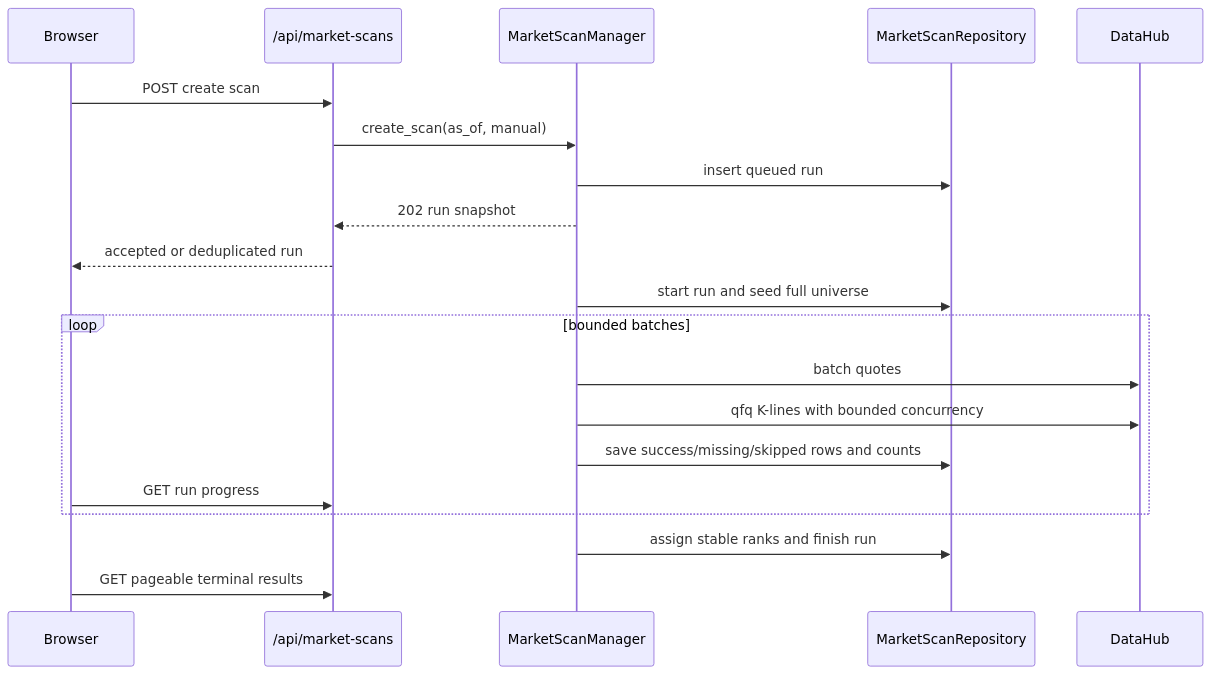
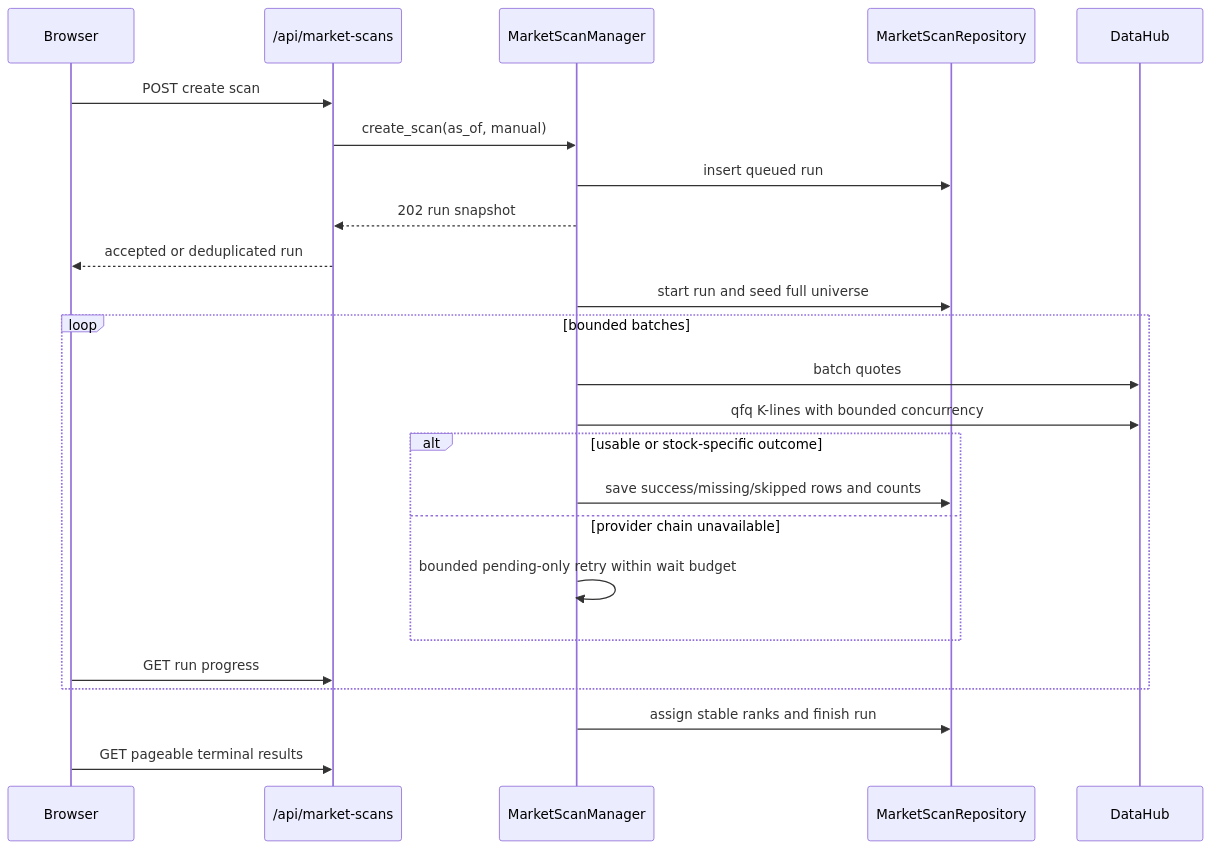
The third of 4 diagrams in docs/DESIGN.md (lizhenlab/AShareRadar), drawn with Mermaid before and after one commit. The commit also changed other lines of this file and 49 other files, not shown here.

````diff
--- a/docs/DESIGN.md
+++ b/docs/DESIGN.md
@@ -89,22 +89,26 @@
 ```mermaid
 sequenceDiagram
   participant UI as Browser
   participant API as /api/market-scans
   participant M as MarketScanManager
   participant DB as MarketScanRepository
   participant DH as DataHub
   UI->>API: POST create scan
   API->>M: create_scan(as_of, manual)
   M->>DB: insert queued run
   M-->>API: 202 run snapshot
   API-->>UI: accepted or deduplicated run
   M->>DB: start run and seed full universe
   loop bounded batches
     M->>DH: batch quotes
     M->>DH: qfq K-lines with bounded concurrency
-    M->>DB: save success/missing/skipped rows and counts
+    alt usable or stock-specific outcome
+      M->>DB: save success/missing/skipped rows and counts
+    else provider chain unavailable
+      M->>M: bounded pending-only retry within wait budget
+    end
     UI->>API: GET run progress
   end
   M->>DB: assign stable ranks and finish run
   UI->>API: GET pageable terminal results
 ```
````
